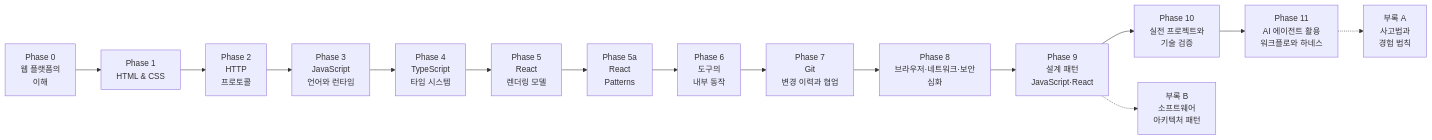
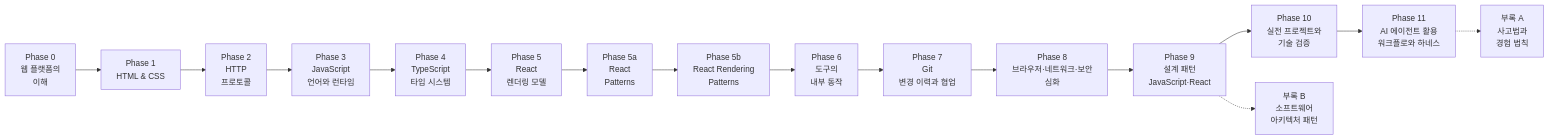
Before and after one commit to lee-gyu/web-fe-roadmap-study: the diagram in ROADMAP.md, drawn with Mermaid. The commit also changed other lines of this file and 10 other files, not shown here.

````diff
--- a/ROADMAP.md
+++ b/ROADMAP.md
@@ -30,17 +30,18 @@
 ```mermaid
 flowchart LR
     P0["Phase 0<br/>웹 플랫폼의<br/>이해"] --> P1["Phase 1<br/>HTML & CSS"]
     P1 --> P2["Phase 2<br/>HTTP<br/>프로토콜"]
     P2 --> P3["Phase 3<br/>JavaScript<br/>언어와 런타임"]
     P3 --> P4["Phase 4<br/>TypeScript<br/>타입 시스템"]
     P4 --> P5["Phase 5<br/>React<br/>렌더링 모델"]
     P5 --> P5A["Phase 5a<br/>React<br/>Patterns"]
-    P5A --> P6["Phase 6<br/>도구의<br/>내부 동작"]
+    P5A --> P5B["Phase 5b<br/>React Rendering<br/>Patterns"]
+    P5B --> P6["Phase 6<br/>도구의<br/>내부 동작"]
     P6 --> P7["Phase 7<br/>Git<br/>변경 이력과 협업"]
     P7 --> P8["Phase 8<br/>브라우저·네트워크·보안<br/>심화"]
     P8 --> P9["Phase 9<br/>설계 패턴<br/>JavaScript·React"]
     P9 --> P10["Phase 10<br/>실전 프로젝트와<br/>기술 검증"]
     P10 --> P11["Phase 11<br/>AI 에이전트 활용<br/>워크플로와 하네스"]
     P11 -.-> A1["부록 A<br/>사고법과<br/>경험 법칙"]
     P9 -.-> B1["부록 B<br/>소프트웨어<br/>아키텍처 패턴"]
 ```
````
